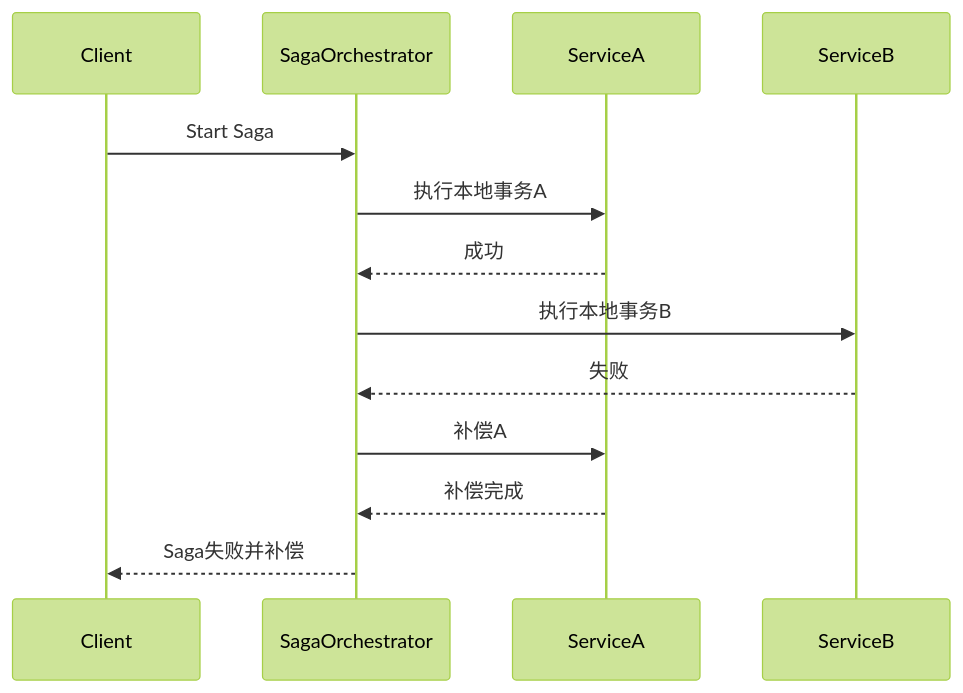
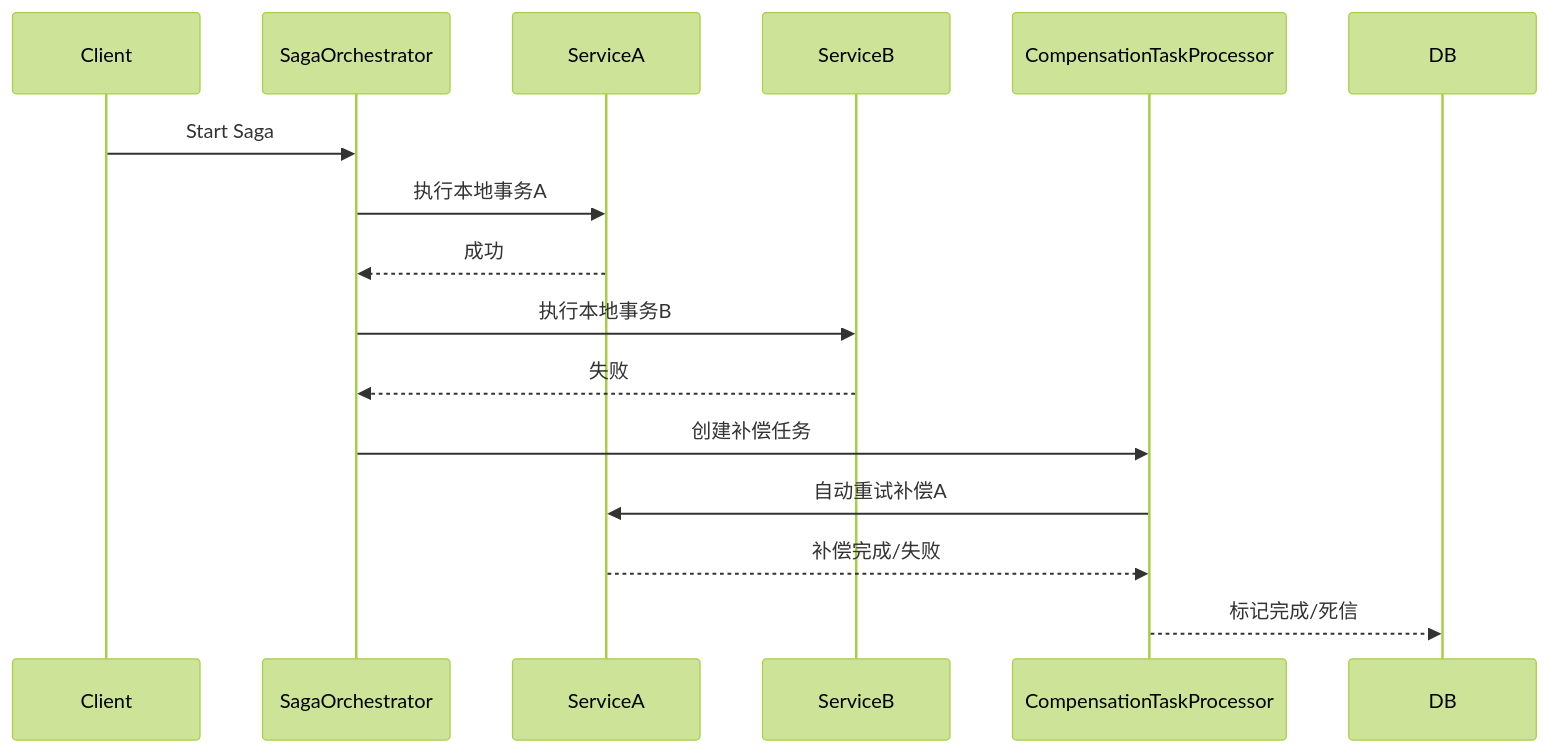
The diagram in saga-demo/README.md (nateshao/distributed_tx_demo), drawn with Mermaid (forest theme) before and after one commit. The commit also changed other lines of this file and 4 other files, not shown here.

````diff
--- a/saga-demo/README.md
+++ b/saga-demo/README.md
@@ -41,15 +57,17 @@
 ```mermaid
 sequenceDiagram
     participant Client
     participant SagaOrchestrator
     participant ServiceA
     participant ServiceB
+    participant CompensationTaskProcessor
     Client->>SagaOrchestrator: Start Saga
     SagaOrchestrator->>ServiceA: 执行本地事务A
     ServiceA-->>SagaOrchestrator: 成功
     SagaOrchestrator->>ServiceB: 执行本地事务B
     ServiceB-->>SagaOrchestrator: 失败
-    SagaOrchestrator->>ServiceA: 补偿A
-    ServiceA-->>SagaOrchestrator: 补偿完成
-    SagaOrchestrator-->>Client: Saga失败并补偿
-``` 
+    SagaOrchestrator->>CompensationTaskProcessor: 创建补偿任务
+    CompensationTaskProcessor->>ServiceA: 自动重试补偿A
+    ServiceA-->>CompensationTaskProcessor: 补偿完成/失败
+    CompensationTaskProcessor-->>DB: 标记完成/死信
+```
````
